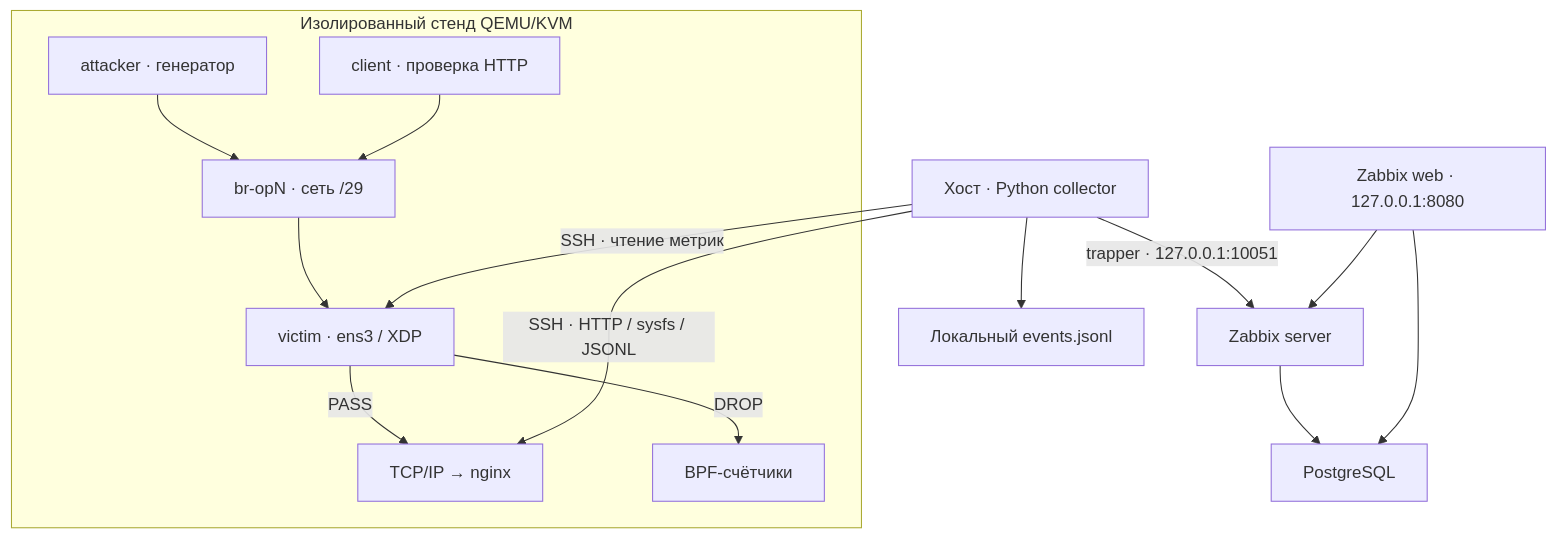
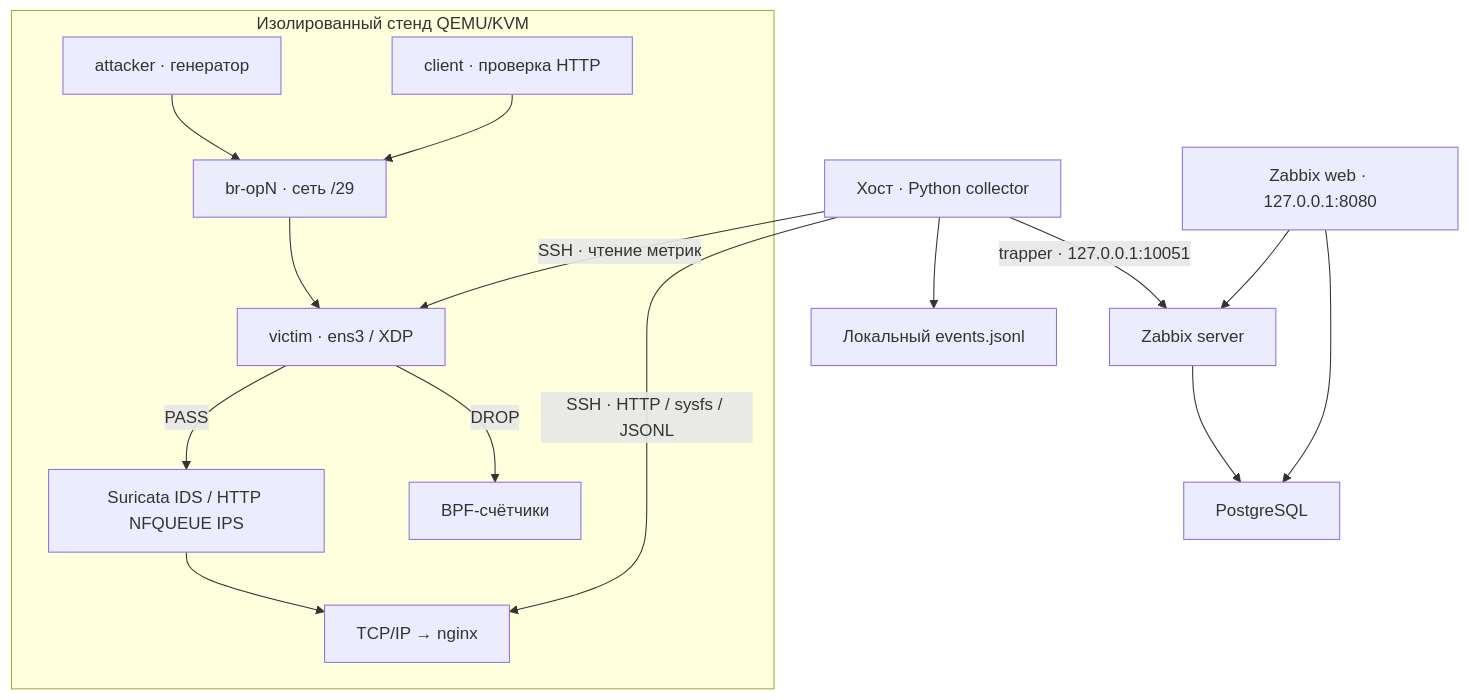
One commit to zackshal/opla-security-lab changed the diagram in README.md. Above: the diagram before and after it, drawn with Mermaid. The commit also changed other lines of this file and 9 other files, not shown here.

````diff
--- a/README.md
+++ b/README.md
@@ -73,17 +75,18 @@
 ```mermaid
 flowchart TB
     subgraph lab["Изолированный стенд QEMU/KVM"]
         A["attacker · генератор"] --> B["br-opN · сеть /29"]
         C["client · проверка HTTP"] --> B
         B --> X["victim · ens3 / XDP"]
-        X -->|"PASS"| N["TCP/IP → nginx"]
+        X -->|"PASS"| I["Suricata IDS / HTTP NFQUEUE IPS"]
+        I --> N["TCP/IP → nginx"]
         X -->|"DROP"| D["BPF-счётчики"]
     end
     H["Хост · Python collector"] -->|"SSH · чтение метрик"| X
     H -->|"SSH · HTTP / sysfs / JSONL"| N
     H --> L["Локальный events.jsonl"]
     H -->|"trapper · 127.0.0.1:10051"| Z["Zabbix server"]
     Z --> P["PostgreSQL"]
     W["Zabbix web · 127.0.0.1:8080"] --> P
     W --> Z
 ```
````
